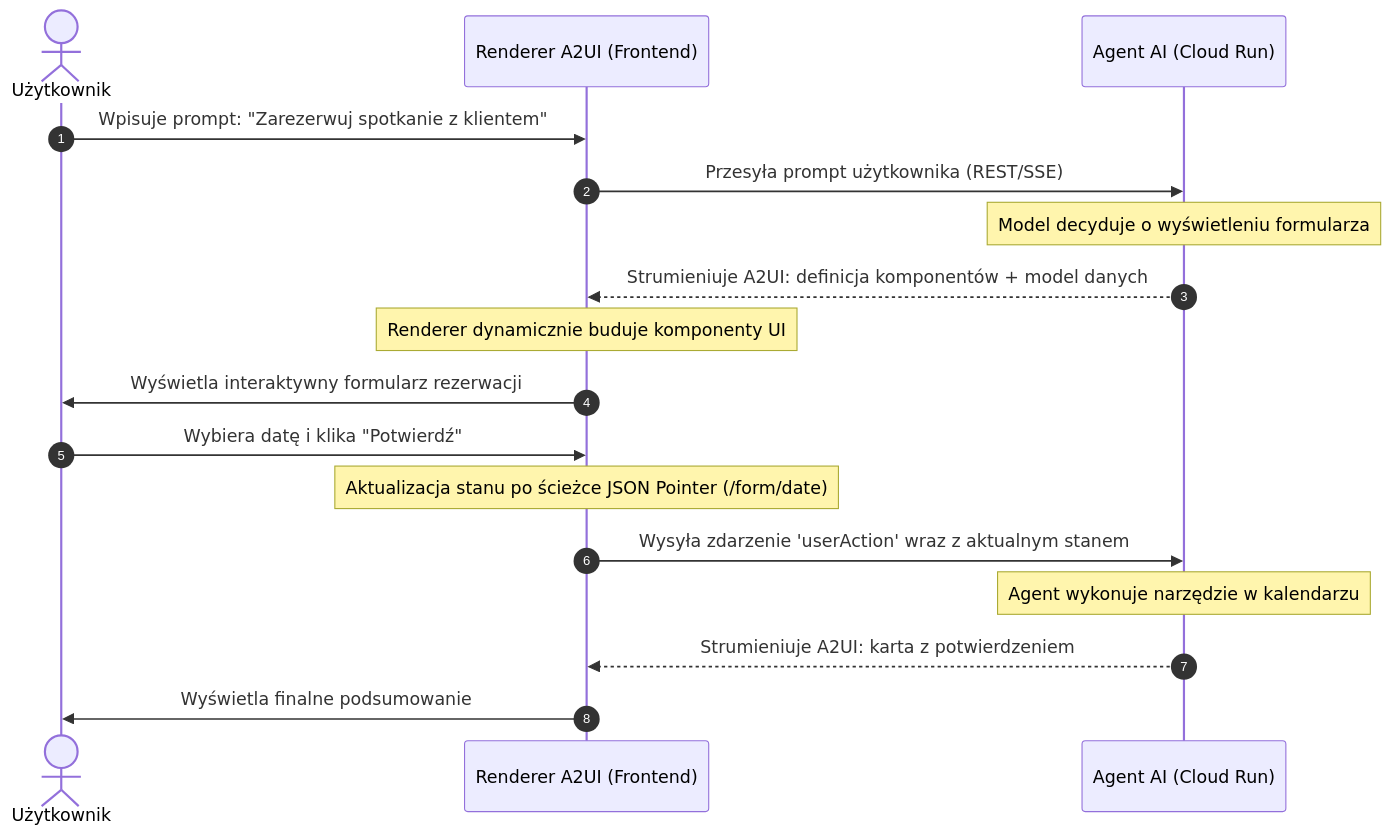
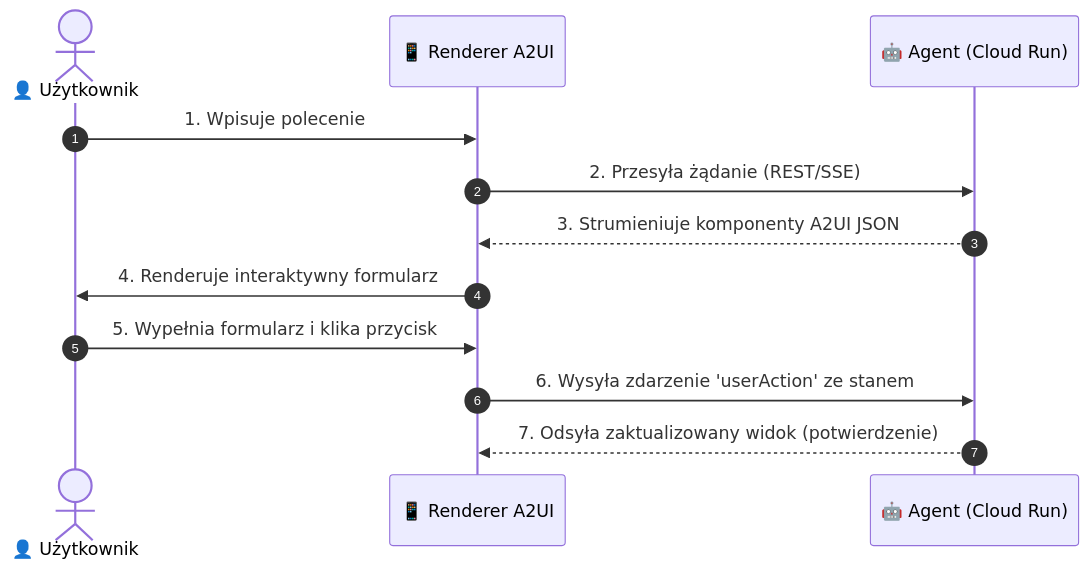
Before and after one commit to majsterkovic/a2ui: the diagram in docs/public/gcp-course/02-a2ui-protocol.md, drawn with Mermaid. The commit also changed 9 other files, not shown here.

Commit message:
docs: uproszczenie i poprawa czytelnosci diagramow w calym kursie

````diff
--- a/docs/public/gcp-course/02-a2ui-protocol.md
+++ b/docs/public/gcp-course/02-a2ui-protocol.md
@@ -24,20 +24,15 @@
 ```mermaid
 sequenceDiagram
     autonumber
-    actor U as Użytkownik
-    participant R as Renderer A2UI (Frontend)
-    participant A as Agent AI (Cloud Run)
+    actor U as 👤 Użytkownik
+    participant R as 📱 Renderer A2UI
+    participant A as 🤖 Agent (Cloud Run)
 
-    U->>R: Wpisuje prompt: "Zarezerwuj spotkanie z klientem"
-    R->>A: Przesyła prompt użytkownika (REST/SSE)
-    Note over A: Model decyduje o wyświetleniu formularza
-    A-->>R: Strumieniuje A2UI: definicja komponentów + model danych
-    Note over R: Renderer dynamicznie buduje komponenty UI
-    R->>U: Wyświetla interaktywny formularz rezerwacji
-    U->>R: Wybiera datę i klika "Potwierdź"
-    Note over R: Aktualizacja stanu po ścieżce JSON Pointer (/form/date)
-    R->>A: Wysyła zdarzenie 'userAction' wraz z aktualnym stanem
-    Note over A: Agent wykonuje narzędzie w kalendarzu
-    A-->>R: Strumieniuje A2UI: karta z potwierdzeniem
-    R->>U: Wyświetla finalne podsumowanie
+    U->>R: 1. Wpisuje polecenie
+    R->>A: 2. Przesyła żądanie (REST/SSE)
+    A-->>R: 3. Strumieniuje komponenty A2UI JSON
+    R->>U: 4. Renderuje interaktywny formularz
+    U->>R: 5. Wypełnia formularz i klika przycisk
+    R->>A: 6. Wysyła zdarzenie 'userAction' ze stanem
+    A-->>R: 7. Odsyła zaktualizowany widok (potwierdzenie)
 ```
````
